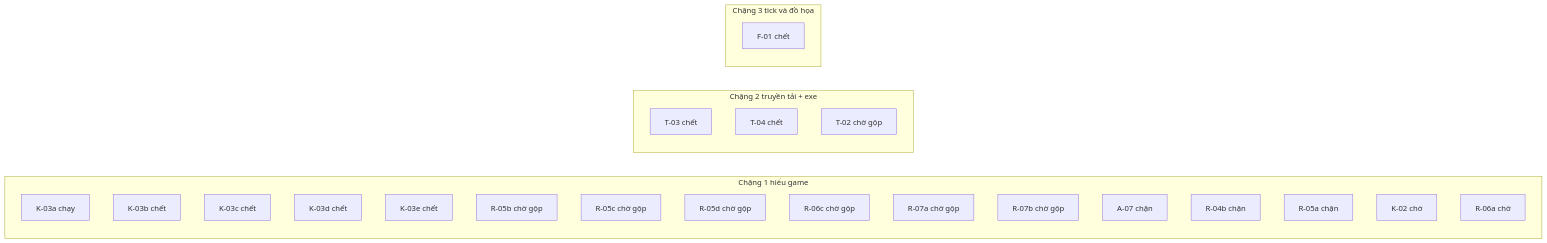
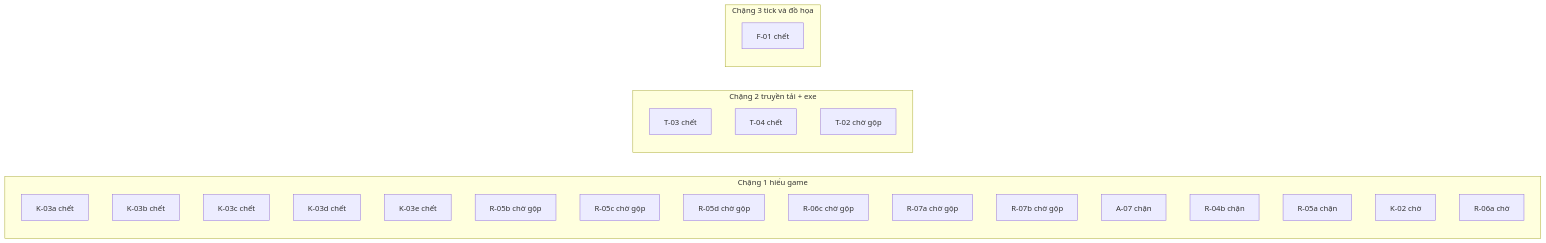
The diagram in JX1_OPS/STATE/TIEN-DO.md (ndtangoss-dev/jx1-reports), drawn with Mermaid before and after one commit. The commit also changed other lines of this file and 3 other files, not shown here.

````diff
--- a/JX1_OPS/STATE/TIEN-DO.md
+++ b/JX1_OPS/STATE/TIEN-DO.md
@@ -9,29 +9,29 @@
 ```mermaid
 flowchart LR
   subgraph S1["Chặng 1 hiểu game"]
-    K_03a["K-03a chạy"]
+    K_03a["K-03a chết"]
     K_03b["K-03b chết"]
     K_03c["K-03c chết"]
     K_03d["K-03d chết"]
     K_03e["K-03e chết"]
     R_05b["R-05b chờ gộp"]
     R_05c["R-05c chờ gộp"]
     R_05d["R-05d chờ gộp"]
     R_06c["R-06c chờ gộp"]
     R_07a["R-07a chờ gộp"]
     R_07b["R-07b chờ gộp"]
     A_07["A-07 chặn"]
     R_04b["R-04b chặn"]
     R_05a["R-05a chặn"]
     K_02["K-02 chờ"]
     R_06a["R-06a chờ"]
   end
   subgraph S2["Chặng 2 truyền tải + exe"]
     T_03["T-03 chết"]
     T_04["T-04 chết"]
     T_02["T-02 chờ gộp"]
   end
   subgraph S3["Chặng 3 tick và đồ họa"]
     F_01["F-01 chết"]
   end
 ```
````
